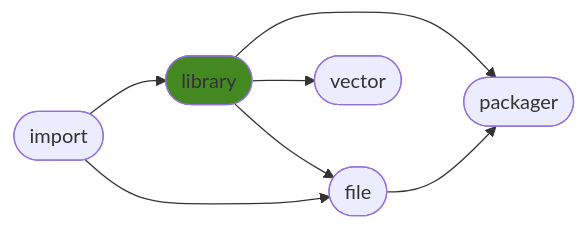
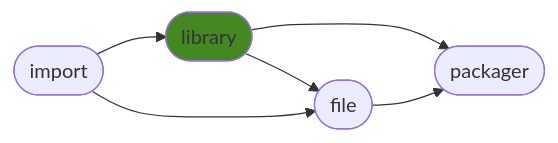
Before and after one commit to ManderaGeneral/generallibrary: the diagram in README.md, drawn with Mermaid. The commit also changed other lines of this file and 4 other files, not shown here.

````diff
--- a/README.md
+++ b/README.md
@@ -24,15 +24,13 @@
 ```mermaid
 flowchart LR
+1([library]) --> 2([file])
 0([import]) --> 1([library])
+1([library]) --> 3([packager])
+2([file]) --> 3([packager])
 0([import]) --> 2([file])
-1([library]) --> 4([packager])
-1([library]) --> 3([vector])
-1([library]) --> 2([file])
-2([file]) --> 4([packager])
 click 0 "https://github.com/ManderaGeneral/generalimport"
 click 1 "https://github.com/ManderaGeneral/generallibrary"
 click 2 "https://github.com/ManderaGeneral/generalfile"
-click 3 "https://github.com/ManderaGeneral/generalvector"
-click 4 "https://github.com/ManderaGeneral/generalpackager"
+click 3 "https://github.com/ManderaGeneral/generalpackager"
 style 1 fill:#482
 ```
````
